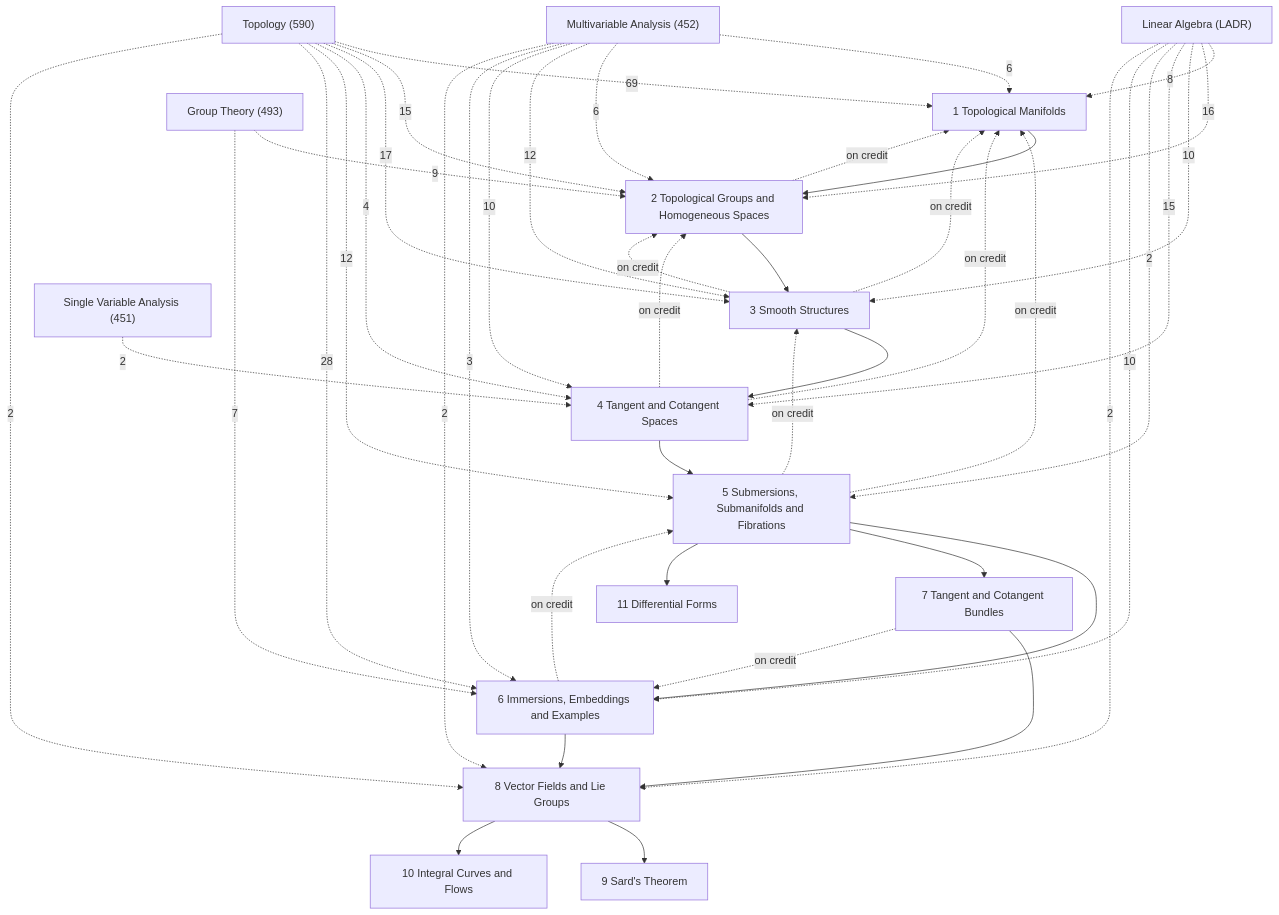
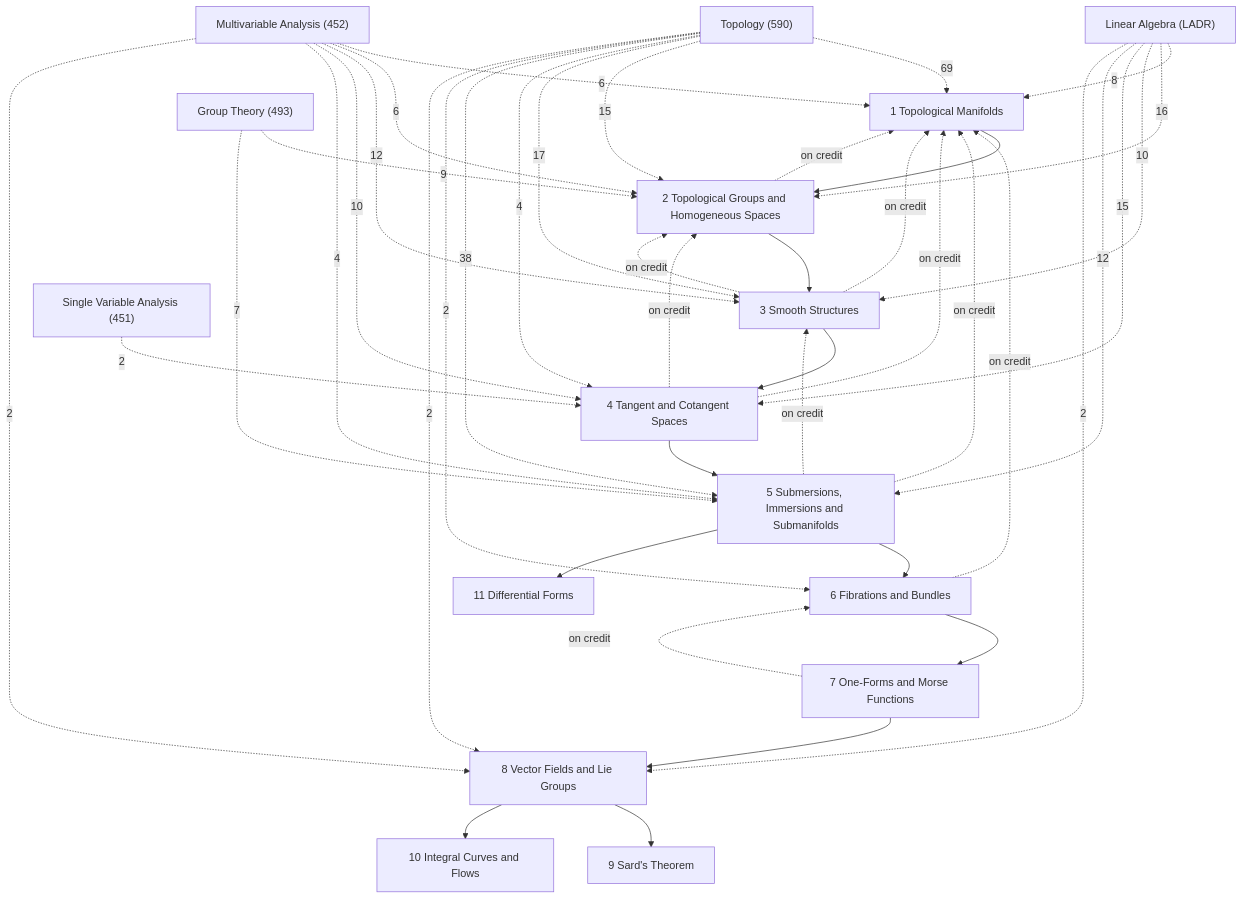
The diagram in Math/Differentiable Manifolds/Differentiable Manifolds.md (Onion20040508/notes), drawn with Mermaid before and after one commit. The commit also changed other lines of this file and 40 other files, not shown here.

````diff
--- a/Math/Differentiable Manifolds/Differentiable Manifolds.md
+++ b/Math/Differentiable Manifolds/Differentiable Manifolds.md
@@ -27,62 +27,60 @@
 ```mermaid
 graph TD
   C1["1 Topological Manifolds"]
   C2["2 Topological Groups and Homogeneous Spaces"]
   C3["3 Smooth Structures"]
   C4["4 Tangent and Cotangent Spaces"]
-  C5["5 Submersions, Submanifolds and Fibrations"]
-  C6["6 Immersions, Embeddings and Examples"]
-  C7["7 Tangent and Cotangent Bundles"]
+  C5["5 Submersions, Immersions and Submanifolds"]
+  C6["6 Fibrations and Bundles"]
+  C7["7 One-Forms and Morse Functions"]
   C8["8 Vector Fields and Lie Groups"]
   C9["9 Sard's Theorem"]
   C10["10 Integral Curves and Flows"]
   C11["11 Differential Forms"]
   X1["Topology (590)"]
   X2["Multivariable Analysis (452)"]
   X3["Linear Algebra (LADR)"]
   X4["Group Theory (493)"]
   X5["Single Variable Analysis (451)"]
   C1 --> C2
   C2 --> C3
   C3 --> C4
   C4 --> C5
   C5 --> C6
-  C5 --> C7
   C5 --> C11
-  C6 --> C8
+  C6 --> C7
   C7 --> C8
   C8 --> C9
   C8 --> C10
   C2 -.->|on credit| C1
   C3 -.->|on credit| C1
   C3 -.->|on credit| C2
   C4 -.->|on credit| C1
   C4 -.->|on credit| C2
   C5 -.->|on credit| C1
   C5 -.->|on credit| C3
-  C6 -.->|on credit| C5
+  C6 -.->|on credit| C1
   C7 -.->|on credit| C6
   X4 -.->|9| C2
-  X4 -.->|7| C6
+  X4 -.->|7| C5
   X3 -.->|8| C1
   X3 -.->|16| C2
   X3 -.->|10| C3
   X3 -.->|15| C4
-  X3 -.->|2| C5
-  X3 -.->|10| C6
+  X3 -.->|12| C5
   X3 -.->|2| C8
   X2 -.->|6| C1
   X2 -.->|6| C2
   X2 -.->|12| C3
   X2 -.->|10| C4
-  X2 -.->|3| C6
+  X2 -.->|4| C5
   X2 -.->|2| C8
   X5 -.->|2| C4
   X1 -.->|69| C1
   X1 -.->|15| C2
   X1 -.->|17| C3
   X1 -.->|4| C4
-  X1 -.->|12| C5
-  X1 -.->|28| C6
+  X1 -.->|38| C5
+  X1 -.->|2| C6
   X1 -.->|2| C8
 ```
````
